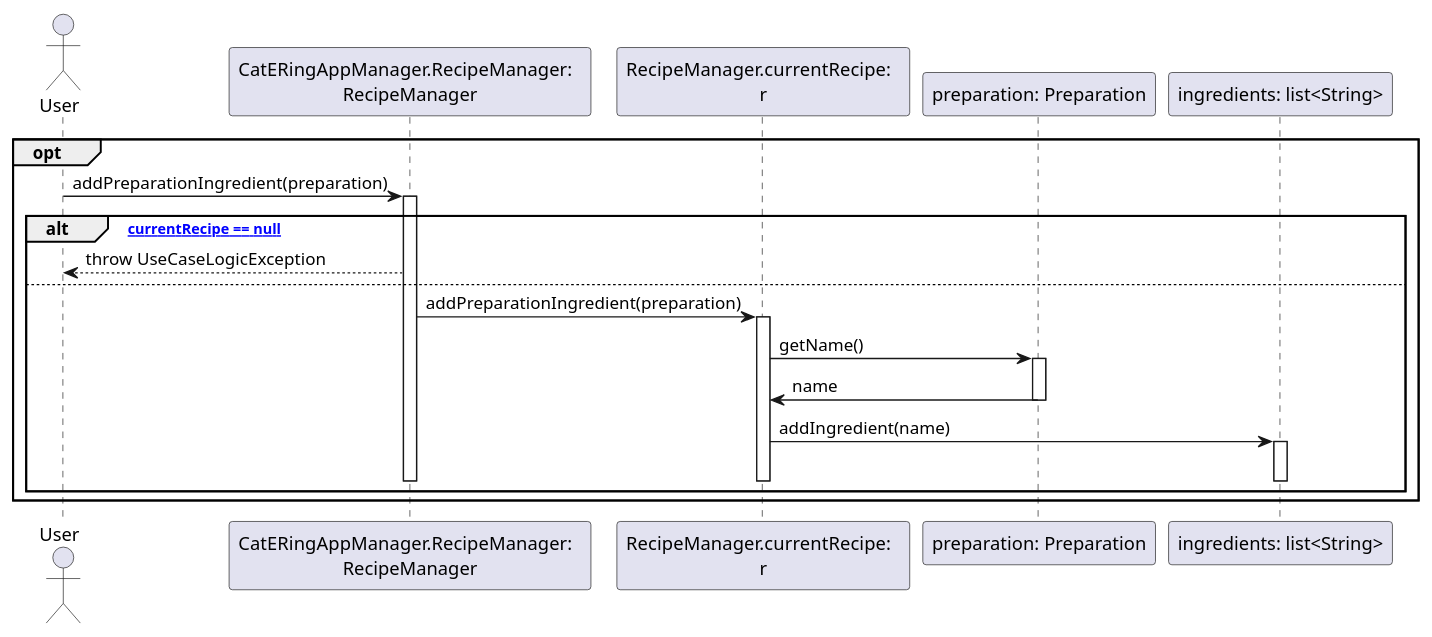
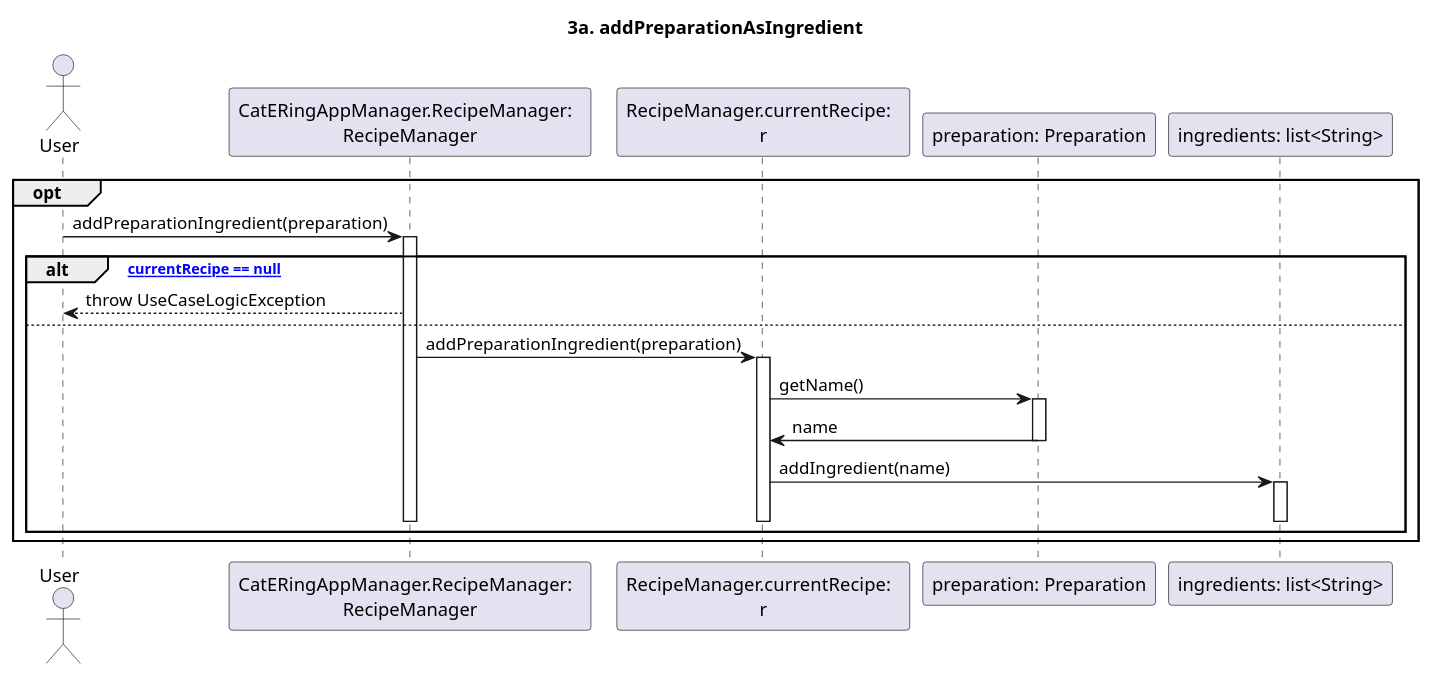
Before and after one commit to m0canu1/sas: the diagram in dsd/dsd-ricette/estensioni/3a-addPreparationIngredient.md, drawn with PlantUML. The commit also changed 15 other files, not shown here.

````diff
--- a/dsd/dsd-ricette/estensioni/3a-addPreparationIngredient.md
+++ b/dsd/dsd-ricette/estensioni/3a-addPreparationIngredient.md
@@ -1,30 +1,32 @@
 ```plantuml
+
+title: 3a. addPreparationAsIngredient
 
 Actor User
 Participant "CatERingAppManager.RecipeManager:  \nRecipeManager" as RM
 Participant "RecipeManager.currentRecipe:  \nr" as CR
 
 opt 
 
 	User -> RM: addPreparationIngredient(preparation)
 	Activate RM
 
 	alt ["currentRecipe == null"]
 		RM --> User: throw UseCaseLogicException
 	else 
 		RM -> CR:  addPreparationIngredient(preparation)
 		Activate CR
 		CR -> "preparation: Preparation": getName()
 		Activate "preparation: Preparation"
 		"preparation: Preparation" -> CR: name
 		Deactivate "preparation: Preparation"
 		CR -> "ingredients: list<String>": addIngredient(name)
 		Activate "ingredients: list<String>"
 		Deactivate "ingredients: list<String>"
 		Deactivate CR
 		Deactivate RM
 	end
 
 end
 
 ```
````
